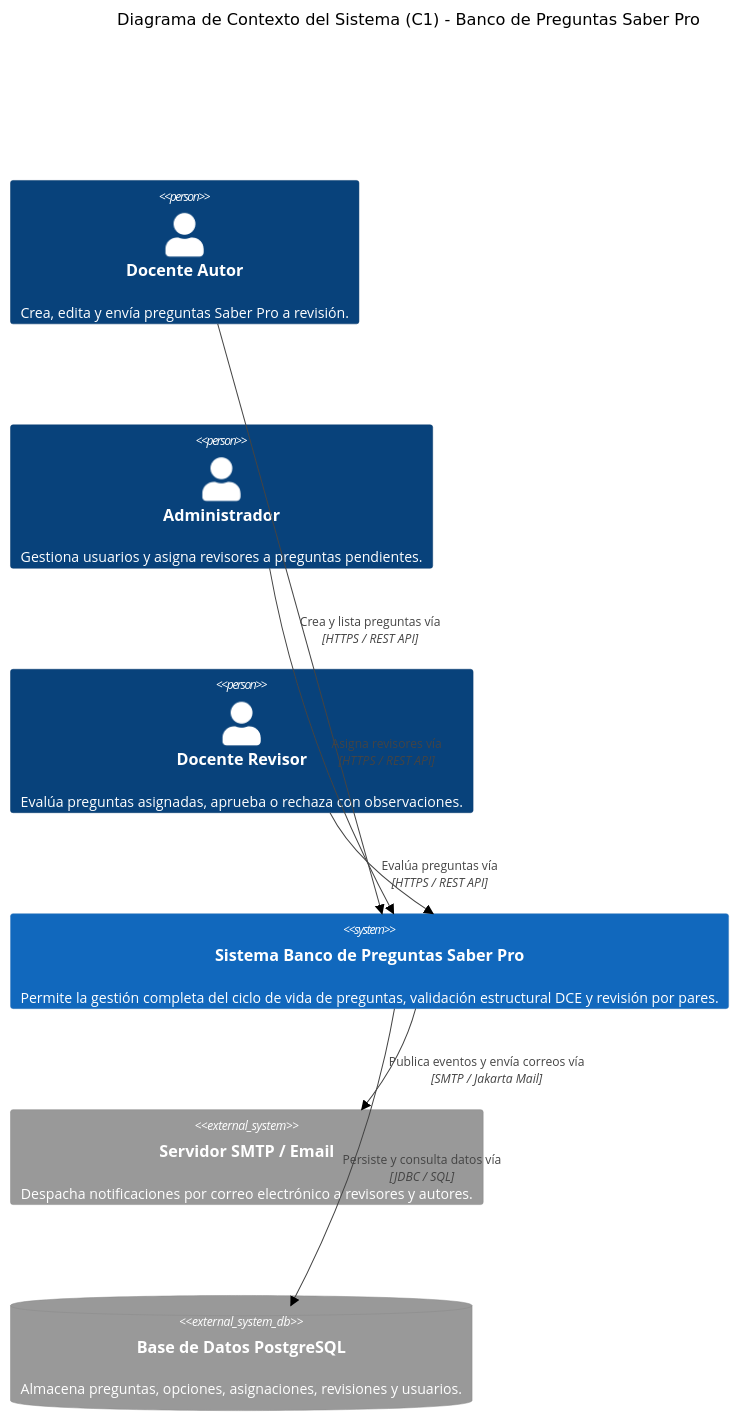
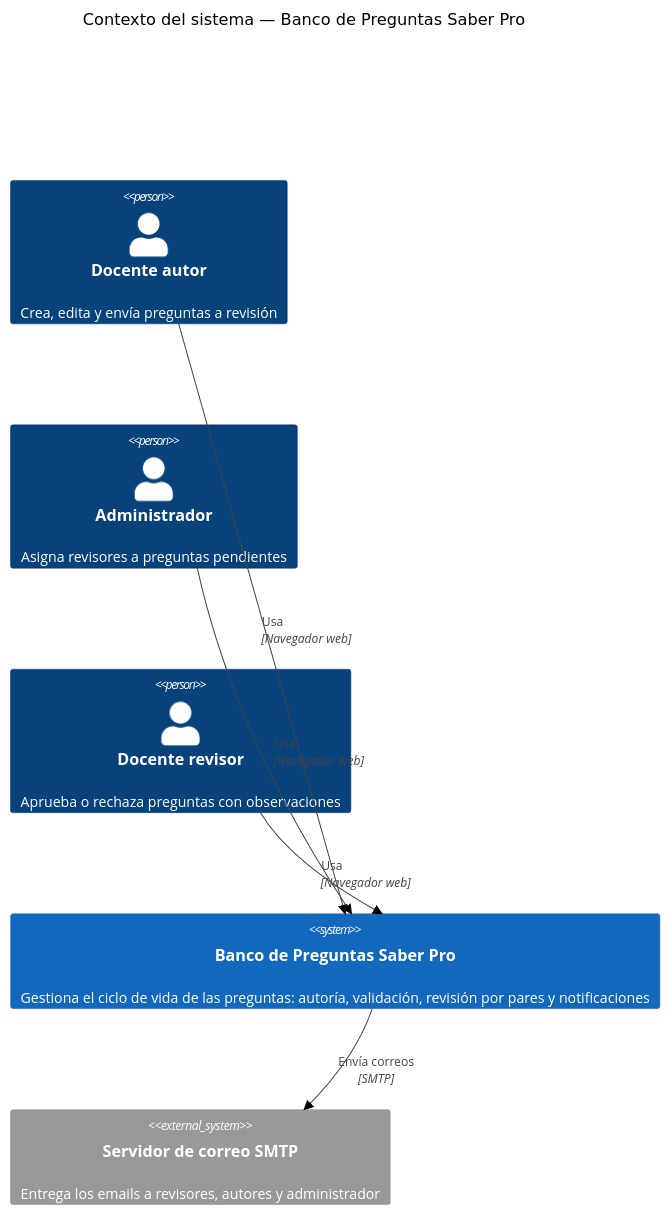
One commit to santyxswc/Banco_preguntas-ISoftII changed the first of 5 diagrams in DOCUMENTO_ARQUITECTURA_CORTE2.md. Above: the diagram before and after it, drawn with Mermaid (neutral theme). The commit also changed other lines of this file and 4 other files, not shown here.

First line of the commit message:
docs: alinear el documento de arquitectura del corte 2 con los microservicios

````diff
--- a/DOCUMENTO_ARQUITECTURA_CORTE2.md
+++ b/DOCUMENTO_ARQUITECTURA_CORTE2.md
@@ -249,20 +198,13 @@
 ```mermaid
 C4Context
-    title Diagrama de Contexto del Sistema (C1) - Banco de Preguntas Saber Pro
-
-    Person(autor, "Docente Autor", "Crea, edita y envía preguntas Saber Pro a revisión.")
-    Person(admin, "Administrador", "Gestiona usuarios y asigna revisores a preguntas pendientes.")
-    Person(revisor, "Docente Revisor", "Evalúa preguntas asignadas, aprueba o rechaza con observaciones.")
-
-    System(bancoApp, "Sistema Banco de Preguntas Saber Pro", "Permite la gestión completa del ciclo de vida de preguntas, validación estructural DCE y revisión por pares.")
-
-    System_Ext(smtp, "Servidor SMTP / Email", "Despacha notificaciones por correo electrónico a revisores y autores.")
-    SystemDb_Ext(db, "Base de Datos PostgreSQL", "Almacena preguntas, opciones, asignaciones, revisiones y usuarios.")
-
-    Rel(autor, bancoApp, "Crea y lista preguntas vía", "HTTPS / REST API")
-    Rel(admin, bancoApp, "Asigna revisores vía", "HTTPS / REST API")
-    Rel(revisor, bancoApp, "Evalúa preguntas vía", "HTTPS / REST API")
-
-    Rel(bancoApp, smtp, "Publica eventos y envía correos vía", "SMTP / Jakarta Mail")
-    Rel(bancoApp, db, "Persiste y consulta datos vía", "JDBC / SQL")
+    title Contexto del sistema — Banco de Preguntas Saber Pro
+    Person(autor, "Docente autor", "Crea, edita y envía preguntas a revisión")
+    Person(admin, "Administrador", "Asigna revisores a preguntas pendientes")
+    Person(revisor, "Docente revisor", "Aprueba o rechaza preguntas con observaciones")
+    System(banco, "Banco de Preguntas Saber Pro", "Gestiona el ciclo de vida de las preguntas: autoría, validación, revisión por pares y notificaciones")
+    System_Ext(smtp, "Servidor de correo SMTP", "Entrega los emails a revisores, autores y administrador")
+    Rel(autor, banco, "Usa", "Navegador web")
+    Rel(admin, banco, "Usa", "Navegador web")
+    Rel(revisor, banco, "Usa", "Navegador web")
+    Rel(banco, smtp, "Envía correos", "SMTP")
 ```
````
